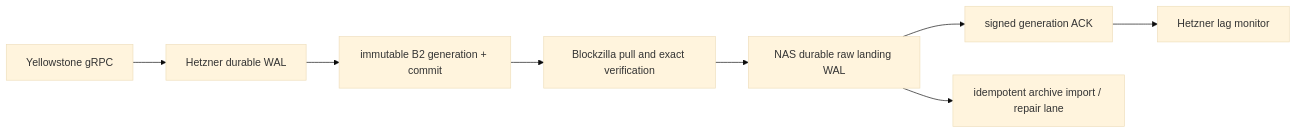
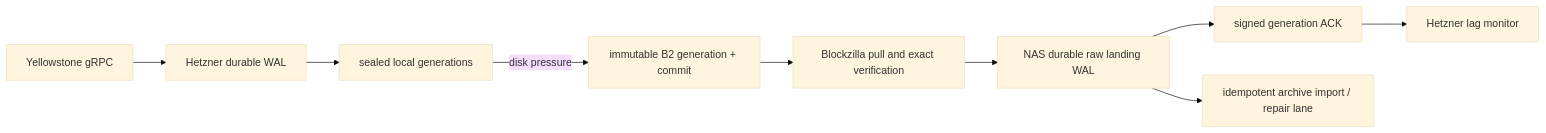
The diagram in docs/live-grpc-b2-sync.md (FernoLabs/blockzilla), drawn with Mermaid (base theme) before and after one commit. The commit also changed other lines of this file and 11 other files, not shown here.

````diff
--- a/docs/live-grpc-b2-sync.md
+++ b/docs/live-grpc-b2-sync.md
@@ -18,10 +21,11 @@
 ```mermaid
 flowchart LR
     Y["Yellowstone gRPC"] --> H["Hetzner durable WAL"]
-    H --> C["immutable B2 generation + commit"]
+    H --> S["sealed local generations"]
+    S -->|"disk pressure"| C["immutable B2 generation + commit"]
     C --> P["Blockzilla pull and exact verification"]
     P --> L["NAS durable raw landing WAL"]
     L --> A["signed generation ACK"]
     A --> M["Hetzner lag monitor"]
     L --> I["idempotent archive import / repair lane"]
 ```
````
